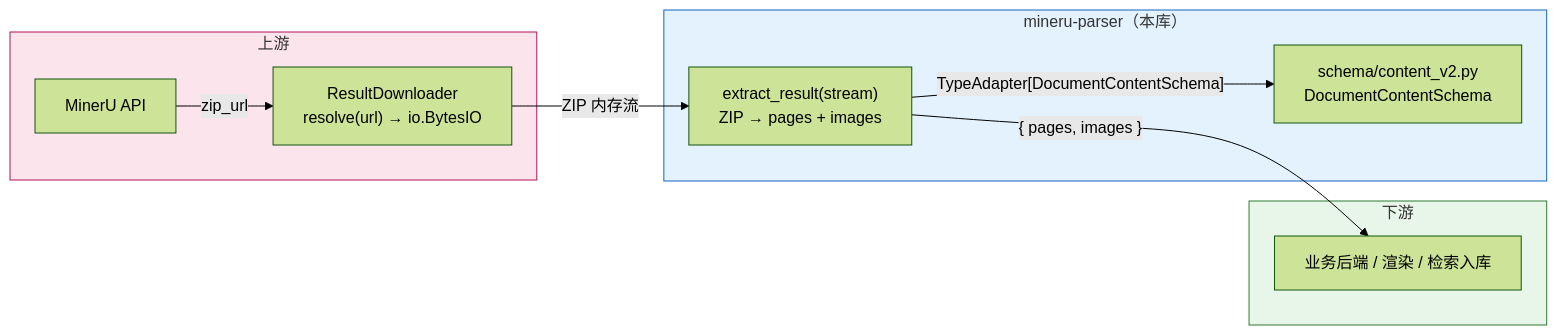
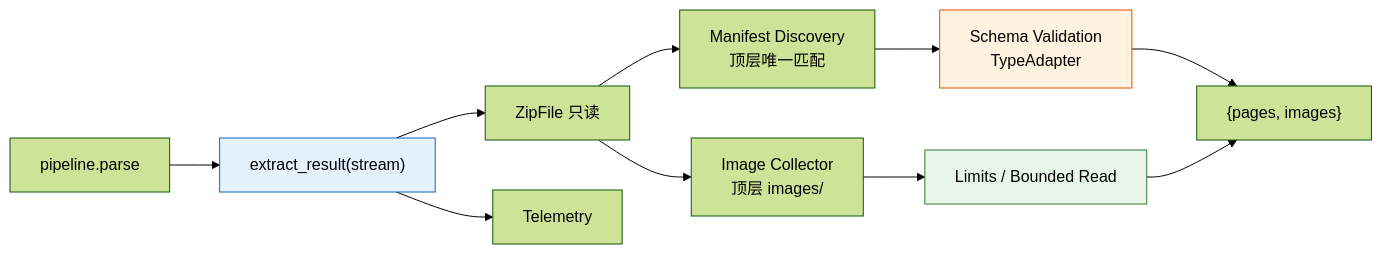
The second of 3 diagrams in docs/specs/SPEC-003-result-extractor/spec.md (dream-365/mineru-parser), drawn with Mermaid (forest theme) before and after one commit. The commit also changed other lines of this file and 4 other files, not shown here.

````diff
--- a/docs/specs/SPEC-003-result-extractor/spec.md
+++ b/docs/specs/SPEC-003-result-extractor/spec.md
@@ -33,25 +117,16 @@
 ```mermaid
 flowchart LR
-    subgraph UPSTREAM["上游"]
-        API["MinerU API"]
-        DL["ResultDownloader<br/>resolve(url) → io.BytesIO"]
-    end
+    PIPE["pipeline.parse"] --> EX["extract_result(stream)"]
+    EX --> ZIP["ZipFile 只读"]
+    ZIP --> DISC["Manifest Discovery<br/>顶层唯一匹配"]
+    ZIP --> IMG["Image Collector<br/>顶层 images/"]
+    DISC --> VAL["Schema Validation<br/>TypeAdapter"]
+    IMG --> LIM["Limits / Bounded Read"]
+    VAL --> OUT["{pages, images}"]
+    LIM --> OUT
+    EX --> TEL["Telemetry"]
 
-    subgraph LIB["mineru-parser（本库）"]
-        EX["extract_result(stream)<br/>ZIP → pages + images"]
-        SCHEMA["schema/content_v2.py<br/>DocumentContentSchema"]
-    end
-
-    subgraph DOWNSTREAM["下游"]
-        BIZ["业务后端 / 渲染 / 检索入库"]
-    end
-
-    API -- "zip_url" --> DL
-    DL -- "ZIP 内存流" --> EX
-    EX -- "TypeAdapter[DocumentContentSchema]" --> SCHEMA
-    EX -- "{ pages, images }" --> BIZ
-
-    style UPSTREAM fill:#fce4ec,stroke:#ad1457,stroke-width:1px
-    style LIB fill:#e3f2fd,stroke:#1565c0,stroke-width:1px
-    style DOWNSTREAM fill:#e8f5e9,stroke:#2e7d32,stroke-width:1px
+    style EX fill:#e3f2fd,stroke:#1565c0,stroke-width:1px
+    style VAL fill:#fff3e0,stroke:#e65100,stroke-width:1px
+    style LIM fill:#e8f5e9,stroke:#2e7d32,stroke-width:1px
 ```
````
